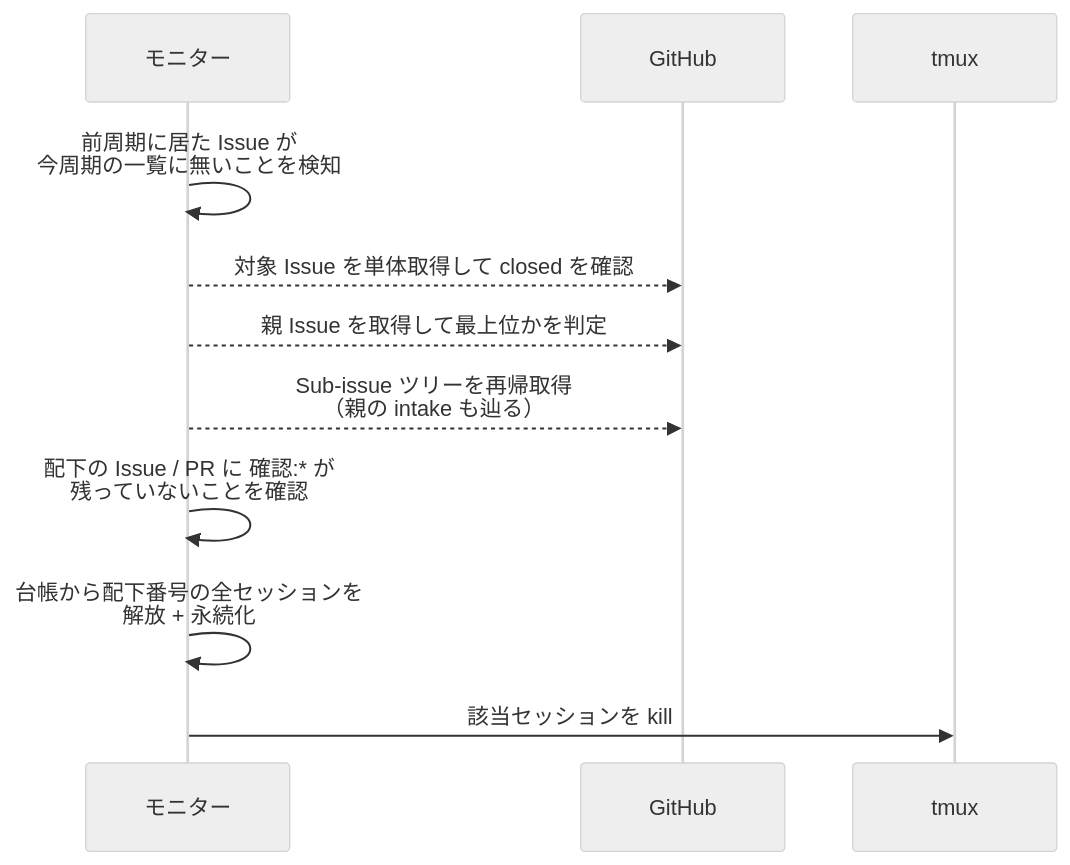
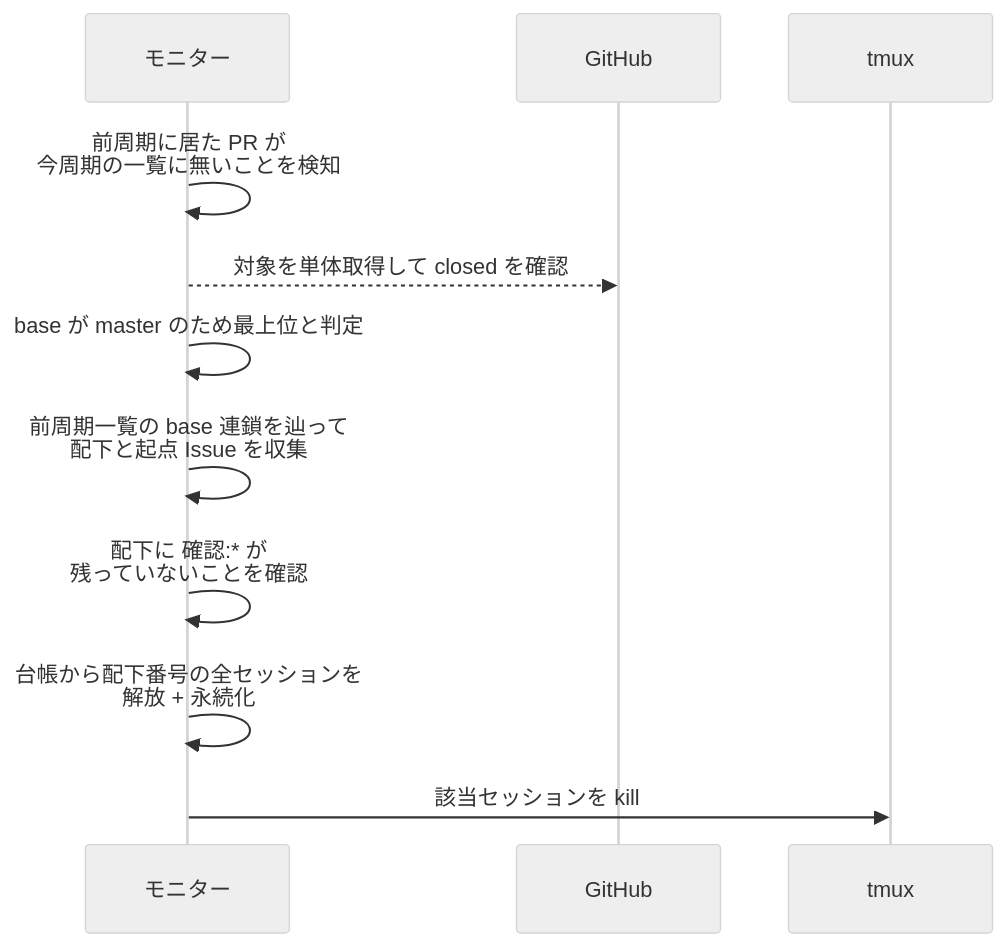
One commit to shuhei1101/ai-monitor changed the first of 7 diagrams in docs/wiki/設計図/インターフェース定義/バックエンド/一括解放.py.md. Above: the diagram before and after it, drawn with Mermaid (neutral theme). The commit also changed other lines of this file and 256 other files, not shown here.

````diff
--- a/docs/wiki/設計図/インターフェース定義/バックエンド/一括解放.py.md
+++ b/docs/wiki/設計図/インターフェース定義/バックエンド/一括解放.py.md
@@ -47,14 +47,14 @@
 ```mermaid
 sequenceDiagram
   participant MON as モニター
   participant GH as GitHub
   participant TMUX as tmux
 
-  MON->>MON: 前周期に居た Issue が<br>今周期の一覧に無いことを検知
-  MON-->>GH: 対象 Issue を単体取得して closed を確認
-  MON-->>GH: 親 Issue を取得して最上位かを判定
-  MON-->>GH: Sub-issue ツリーを再帰取得<br>（親の intake も辿る）
-  MON->>MON: 配下の Issue / PR に 確認:* が<br>残っていないことを確認
+  MON->>MON: 前周期に居た PR が<br>今周期の一覧に無いことを検知
+  MON-->>GH: 対象を単体取得して closed を確認
+  MON->>MON: base が master のため最上位と判定
+  MON->>MON: 前周期一覧の base 連鎖を辿って<br>配下と起点 Issue を収集
+  MON->>MON: 配下に 確認:* が<br>残っていないことを確認
   MON->>MON: 台帳から配下番号の全セッションを<br>解放 + 永続化
   MON->>TMUX: 該当セッションを kill
 ```
````
